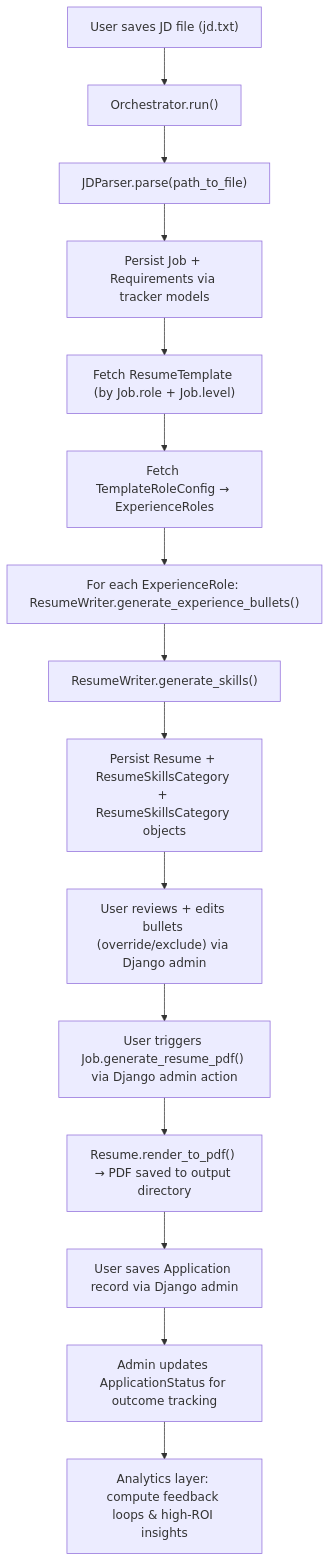
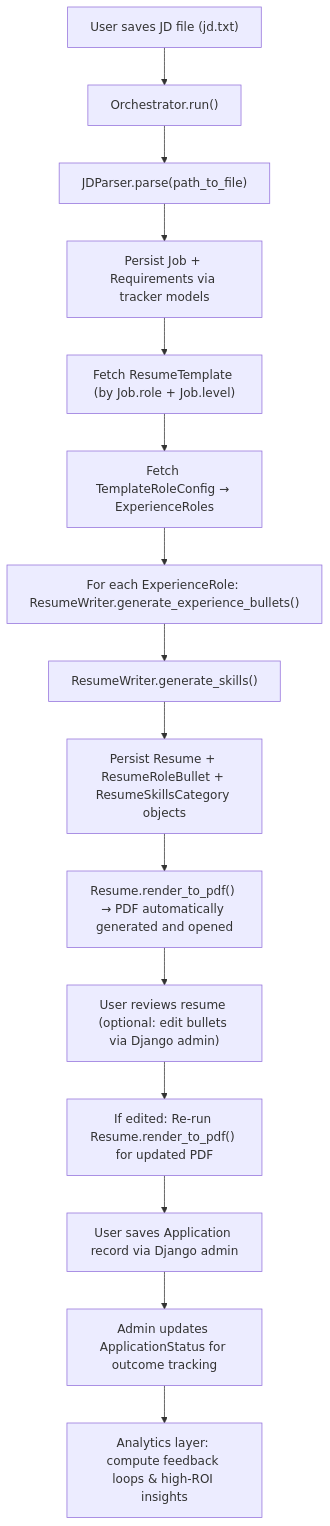
One commit to vhidrogo/job-search-automation changed the third of 3 diagrams in docs/system_design.md. Above: the diagram before and after it, drawn with Mermaid. The commit also changed other lines of this file, not shown here.

Commit message:
docs: remove stale references to old planned resume generation workflow

````diff
--- a/docs/system_design.md
+++ b/docs/system_design.md
@@ -737,17 +735,17 @@
 ```mermaid
 flowchart TD
     A["User saves JD file (jd.txt)"] --> B["Orchestrator.run()"]
     B --> C["JDParser.parse(path_to_file)"]
     C --> D["Persist Job + Requirements via tracker models"]
     D --> E["Fetch ResumeTemplate (by Job.role + Job.level)"]
     E --> F["Fetch TemplateRoleConfig → ExperienceRoles"]
     F --> G["For each ExperienceRole: ResumeWriter.generate_experience_bullets()"]
     G --> H["ResumeWriter.generate_skills()"]
-    H --> I["Persist Resume + ResumeSkillsCategory + ResumeSkillsCategory objects"]
-    I --> J["User reviews + edits bullets (override/exclude) via Django admin"]
-    J --> K["User triggers Job.generate_resume_pdf() via Django admin action"]
-    K --> L["Resume.render_to_pdf() → PDF saved to output directory"]
+    H --> I["Persist Resume + ResumeRoleBullet + ResumeSkillsCategory objects"]
+    I --> J["Resume.render_to_pdf() → PDF automatically generated and opened"]
+    J --> K["User reviews resume (optional: edit bullets via Django admin)"]
+    K --> L["If edited: Re-run Resume.render_to_pdf() for updated PDF"]
     L --> M["User saves Application record via Django admin"]
     M --> N["Admin updates ApplicationStatus for outcome tracking"]
     N --> O["Analytics layer: compute feedback loops & high-ROI insights"]
 ```
````
